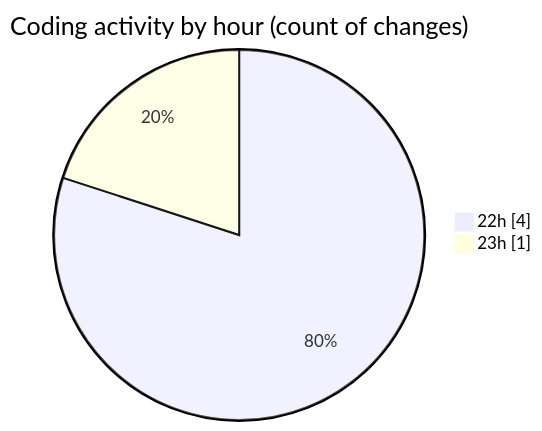
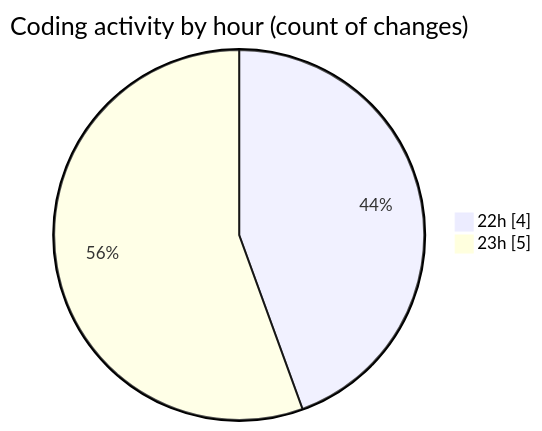
One commit to lephambinh05/code-tracking changed the second of 2 diagrams in 2025-07-11/eduwallet-main/README.md. Above: the diagram before and after it, drawn with Mermaid. The commit also changed other lines of this file and 1 other file, not shown here.

````diff
--- a/2025-07-11/eduwallet-main/README.md
+++ b/2025-07-11/eduwallet-main/README.md
@@ -29,6 +34,6 @@
 ```mermaid
 pie showData
 title Coding activity by hour (count of changes)
 "22h" : 4
-"23h" : 1
+"23h" : 5
 ```
````
